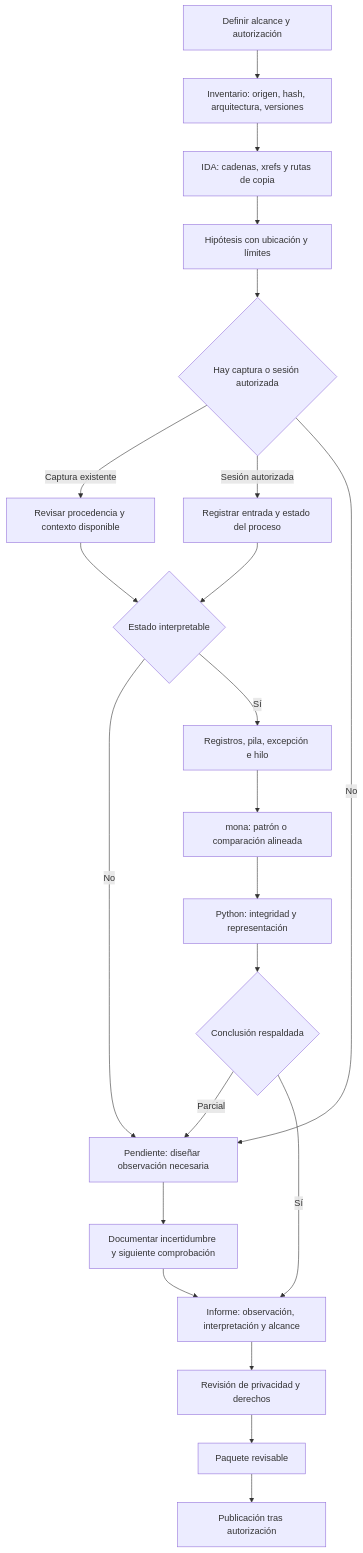
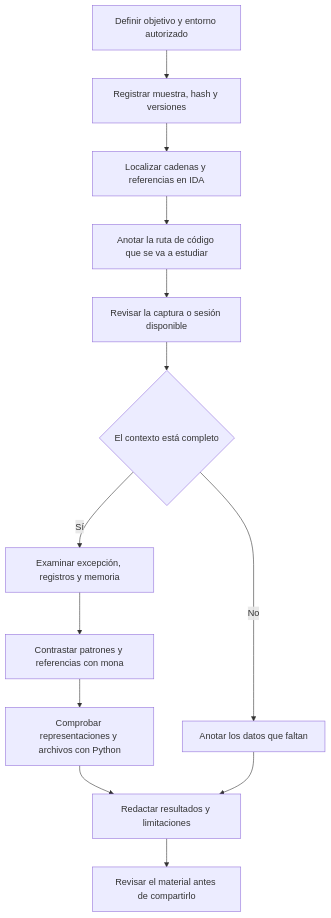
One commit to jonbondani/arsenal-analista changed the first of 2 diagrams in docs/02-metodologia.md. Above: the diagram before and after it, drawn with Mermaid. The commit also changed other lines of this file and 23 other files, not shown here.

````diff
--- a/docs/02-metodologia.md
+++ b/docs/02-metodologia.md
@@ -7,24 +9,15 @@
 ```mermaid
 flowchart TD
-    A[Definir alcance y autorización] --> B[Inventario: origen, hash, arquitectura, versiones]
-    B --> C[IDA: cadenas, xrefs y rutas de copia]
-    C --> D[Hipótesis con ubicación y límites]
-    D --> E{Hay captura o sesión autorizada}
-    E -->|Captura existente| F[Revisar procedencia y contexto disponible]
-    E -->|Sesión autorizada| G[Registrar entrada y estado del proceso]
-    E -->|No| P[Pendiente: diseñar observación necesaria]
-    F --> H{Estado interpretable}
-    G --> H
-    H -->|No| P
-    H -->|Sí| I[Registros, pila, excepción e hilo]
-    I --> J[mona: patrón o comparación alineada]
-    J --> K[Python: integridad y representación]
-    K --> L{Conclusión respaldada}
-    L -->|Parcial| P
-    P --> M[Documentar incertidumbre y siguiente comprobación]
-    L -->|Sí| N[Informe: observación, interpretación y alcance]
-    M --> N
-    N --> O[Revisión de privacidad y derechos]
-    O --> Q[Paquete revisable]
-    Q --> R[Publicación tras autorización]
+    A[Definir objetivo y entorno autorizado] --> B[Registrar muestra, hash y versiones]
+    B --> C[Localizar cadenas y referencias en IDA]
+    C --> D[Anotar la ruta de código que se va a estudiar]
+    D --> E[Revisar la captura o sesión disponible]
+    E --> F{El contexto está completo}
+    F -->|Sí| G[Examinar excepción, registros y memoria]
+    F -->|No| H[Anotar los datos que faltan]
+    G --> I[Contrastar patrones y referencias con mona]
+    I --> J[Comprobar representaciones y archivos con Python]
+    J --> K[Redactar resultados y limitaciones]
+    H --> K
+    K --> L[Revisar el material antes de compartirlo]
 ```
````
